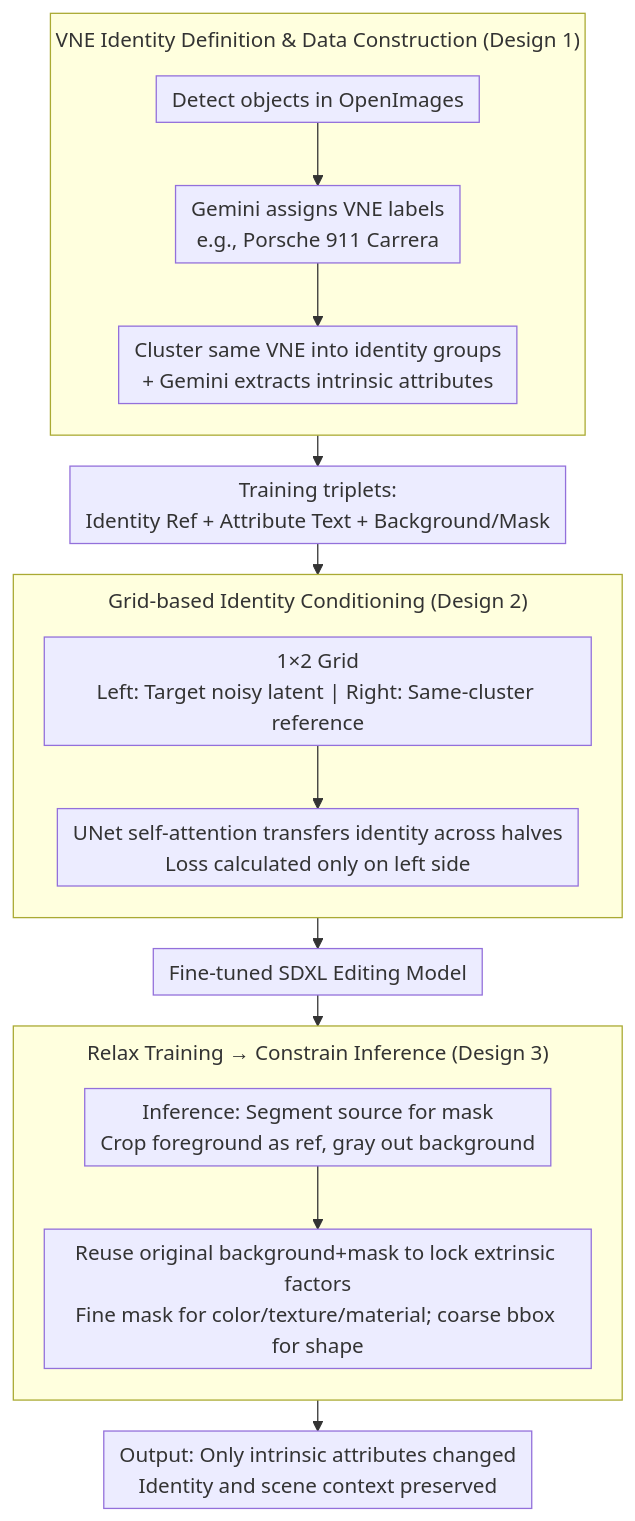
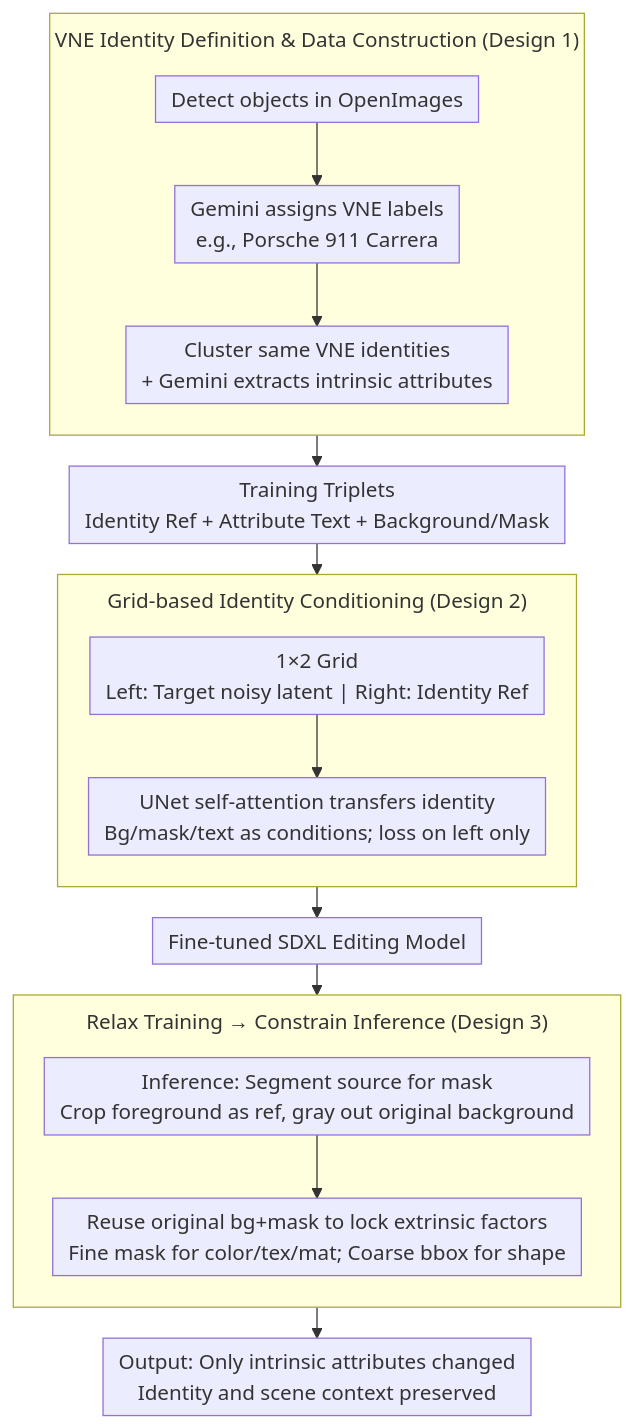
The diagram in docs/ICML2026/multimodal_vlm/alterbute_editing_intrinsic_attributes_of_objects_in_images.md (zhaoyang97/Paper-Notes-en), drawn with Mermaid before and after one commit. The commit also changed other lines of this file and 5084 other files, not shown here.

````diff
--- a/docs/ICML2026/multimodal_vlm/alterbute_editing_intrinsic_attributes_of_objects_in_images.md
+++ b/docs/ICML2026/multimodal_vlm/alterbute_editing_intrinsic_attributes_of_objects_in_images.md
@@ -48,22 +48,22 @@
 ```mermaid
 %%{init: {'flowchart': {'rankSpacing': 24, 'nodeSpacing': 28, 'padding': 6, 'wrappingWidth': 400, 'subGraphTitleMargin': {'top': 8, 'bottom': 16}}}}%%
 flowchart TD
     subgraph DATA["VNE Identity Definition & Data Construction (Design 1)"]
         direction TB
         A["Detect objects in OpenImages"] --> B["Gemini assigns VNE labels<br/>e.g., Porsche 911 Carrera"]
-        B --> C["Cluster same VNE into identity groups<br/>+ Gemini extracts intrinsic attributes"]
+        B --> C["Cluster same VNE identities<br/>+ Gemini extracts intrinsic attributes"]
     end
-    C --> D["Training triplets:<br/>Identity Ref + Attribute Text + Background/Mask"]
+    C --> D["Training Triplets<br/>Identity Ref + Attribute Text + Background/Mask"]
     subgraph GRID["Grid-based Identity Conditioning (Design 2)"]
         direction TB
-        E["1×2 Grid<br/>Left: Target noisy latent | Right: Same-cluster reference"] --> F["UNet self-attention transfers identity across halves<br/>Loss calculated only on left side"]
+        E["1×2 Grid<br/>Left: Target noisy latent | Right: Identity Ref"] --> F["UNet self-attention transfers identity<br/>Bg/mask/text as conditions; loss on left only"]
     end
     D --> E
     F --> G["Fine-tuned SDXL Editing Model"]
     subgraph INFER["Relax Training → Constrain Inference (Design 3)"]
         direction TB
-        H["Inference: Segment source for mask<br/>Crop foreground as ref, gray out background"] --> I["Reuse original background+mask to lock extrinsic factors<br/>Fine mask for color/texture/material; coarse bbox for shape"]
+        H["Inference: Segment source for mask<br/>Crop foreground as ref, gray out original background"] --> I["Reuse original bg+mask to lock extrinsic factors<br/>Fine mask for color/tex/mat; Coarse bbox for shape"]
     end
     G --> H
     I --> J["Output: Only intrinsic attributes changed<br/>Identity and scene context preserved"]
 ```
````
